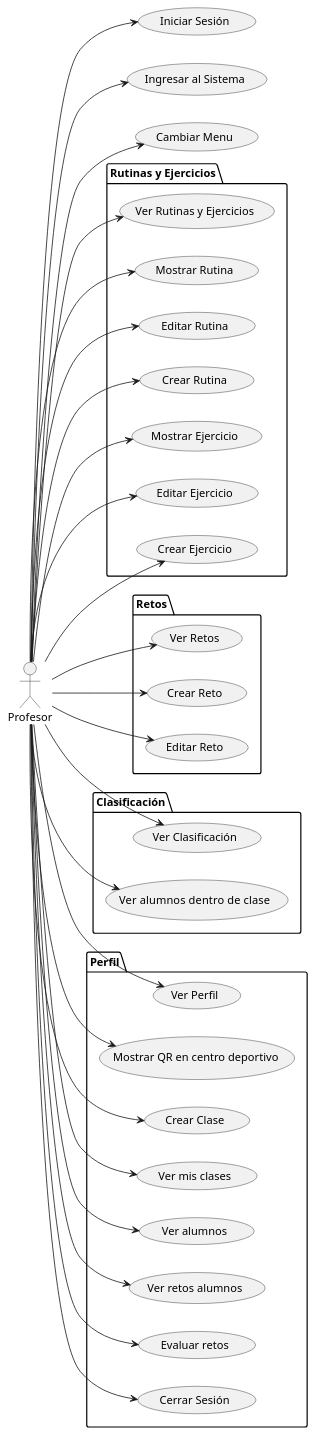
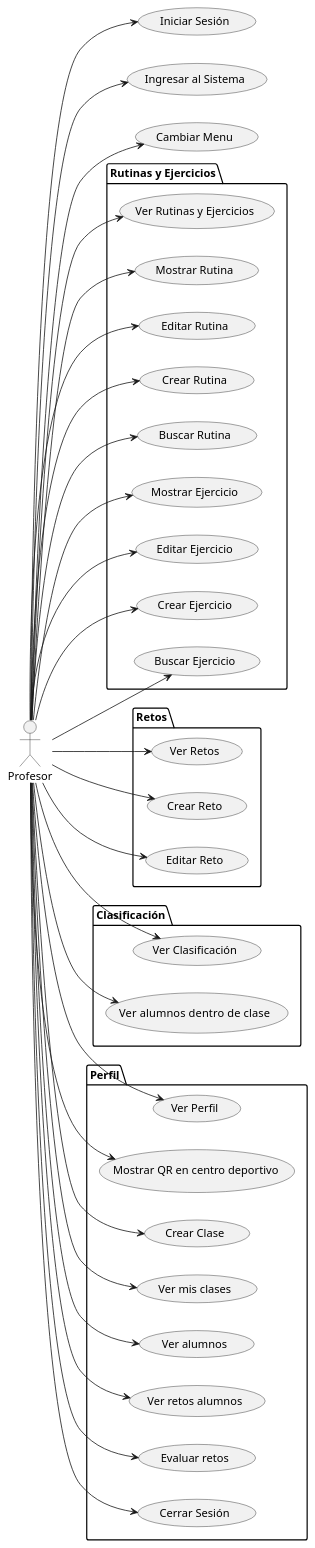
One commit to mmasias/24-25-IdSw1-SDR changed the diagram in Documentos/CasosUso/CdU_Profesor.puml. Above: the diagram before and after it, drawn with PlantUML.

```diff
--- a/Documentos/CasosUso/CdU_Profesor.puml
+++ b/Documentos/CasosUso/CdU_Profesor.puml
@@ -1,79 +1,83 @@
 @startuml CdU_Profesor
 left to right direction
 actor Profesor
 
 package "Rutinas y Ejercicios" {
     usecase "Ver Rutinas y Ejercicios" as CambiarARutinasYEjercicios
 
    
         usecase "Mostrar Rutina" as MostrarRutina
         usecase "Editar Rutina" as EditarRutina
         usecase "Crear Rutina" as CrearRutina
+        usecase "Buscar Rutina" as BuscarRutina
     
 
    
         usecase "Mostrar Ejercicio" as MostrarEjercicio
         usecase "Editar Ejercicio" as EditarEjercicio
         usecase "Crear Ejercicio" as CrearEjercicio
+        usecase "Buscar Ejercicio" as BuscarEjercicio
+        
     
 }
 
 package "Retos" {
     usecase "Ver Retos" as CambiarARetos
     usecase "Crear Reto" as CrearReto
     usecase "Editar Reto" as EditarReto
 }
 
 package "Clasificación" {
     usecase "Ver Clasificación" as CambiarAClasificacion
     usecase "Ver alumnos dentro  de clase" as VerAlumnosDentroDeClase
 }
 
 package "Perfil" {
     usecase "Ver Perfil" as CambiarAPerfil
     usecase "Mostrar QR en centro deportivo" as MostrarQR
 
   
         usecase "Crear Clase" as CrearClase
         usecase "Ver mis clases" as VerMisClases
         usecase "Ver alumnos" as VerAlumnos
         usecase "Ver retos alumnos" as VerRetosAlumnos
         usecase "Evaluar retos" as EvaluarRetos
         usecase "Cerrar Sesión" as CerrarSesion
     
 }
 
 
 usecase "Iniciar Sesión" as IniciarSesion
 usecase "Ingresar al Sistema" as IngresarAlSistema
 usecase "Cambiar Menu" as CambiarMenu
 
 Profesor --> IngresarAlSistema
 Profesor --> IniciarSesion
 Profesor --> CambiarMenu
 Profesor --> CerrarSesion
 
 Profesor --> CambiarARutinasYEjercicios
 Profesor --> MostrarRutina
 Profesor --> EditarRutina
 Profesor --> CrearRutina
 Profesor --> MostrarEjercicio
 Profesor --> EditarEjercicio
 Profesor --> CrearEjercicio
-
+Profesor --> BuscarEjercicio
+Profesor --> BuscarRutina
 Profesor --> CambiarARetos
 Profesor --> CrearReto
 Profesor --> EditarReto
 
 Profesor --> CambiarAClasificacion
 Profesor --> VerAlumnosDentroDeClase
 
 Profesor --> CambiarAPerfil
 Profesor --> MostrarQR
 Profesor --> CrearClase
 Profesor --> VerMisClases
 Profesor --> VerAlumnos
 Profesor --> VerRetosAlumnos
 Profesor --> EvaluarRetos
 
 @enduml
```
